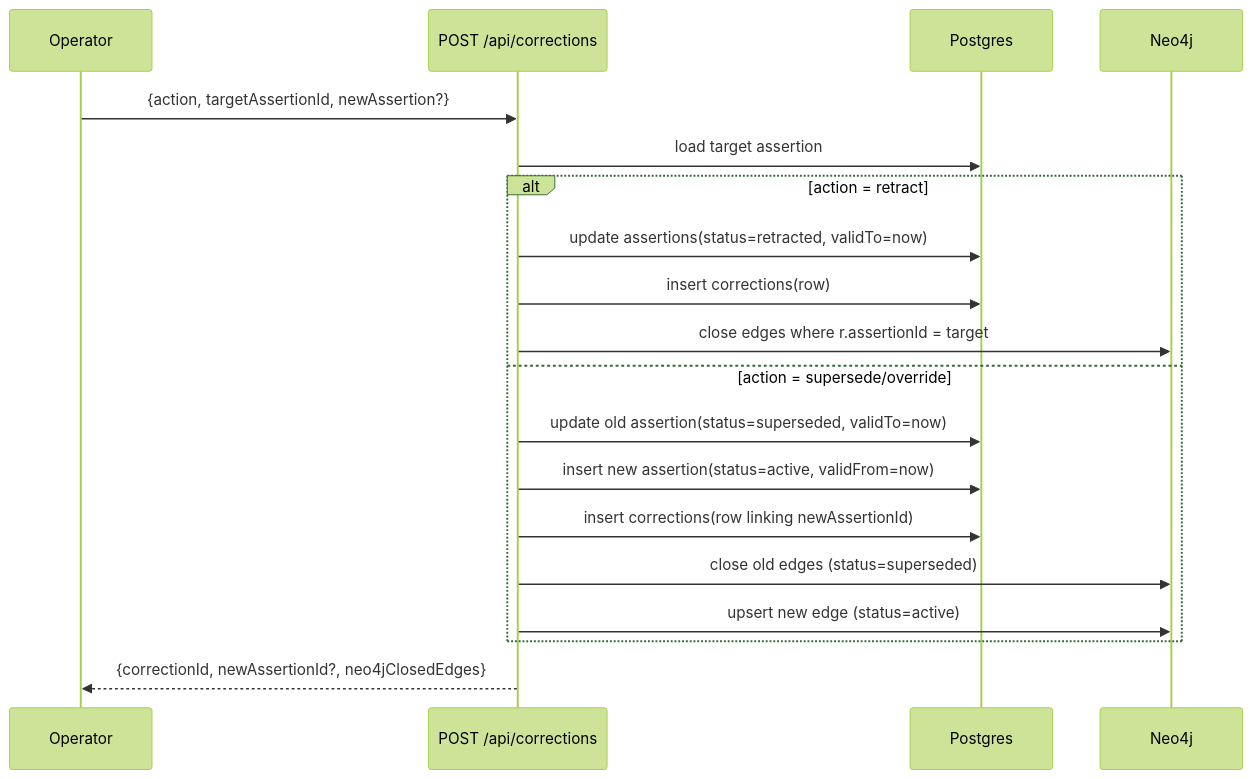
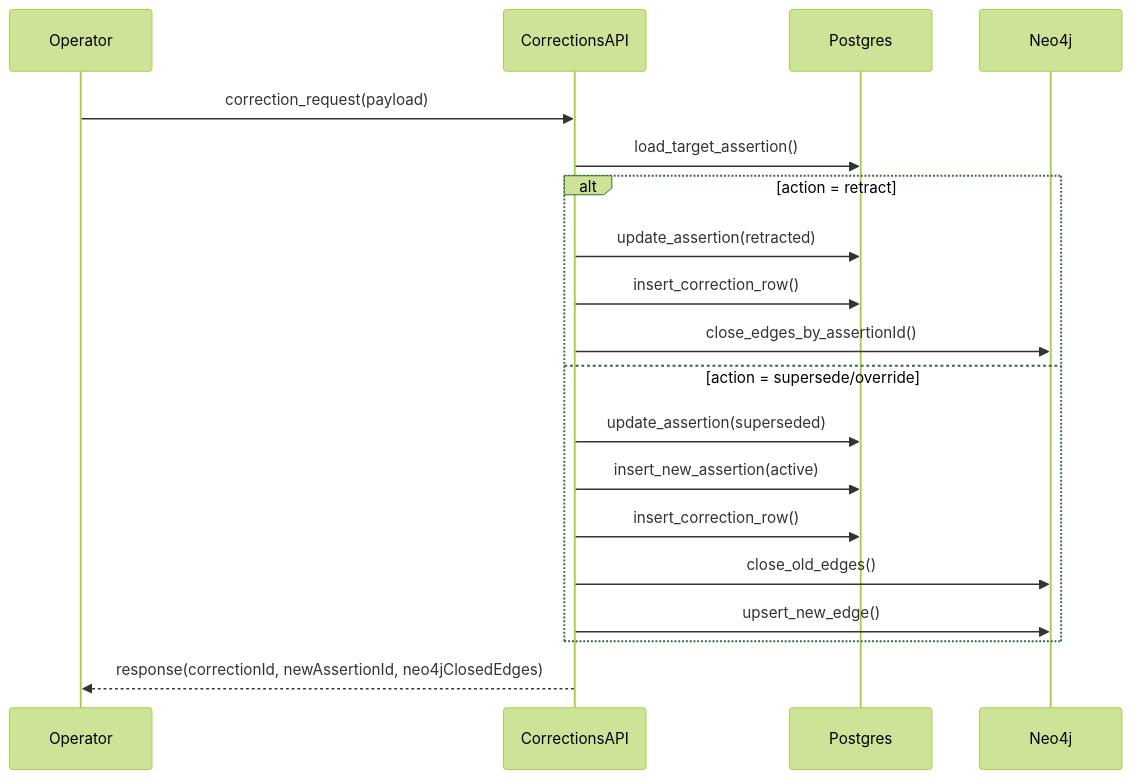
One commit to krahimov/finance_agent changed the seventh of 7 diagrams in docs/architecture.md. Above: the diagram before and after it, drawn with Mermaid (forest theme). The commit also changed other lines of this file, not shown here.

Commit message:
Improve architecture diagrams (one-page + end-to-end)

````diff
--- a/docs/architecture.md
+++ b/docs/architecture.md
@@ -366,24 +439,24 @@
 ```mermaid
 sequenceDiagram
-  participant Op as Operator
-  participant API as POST /api/corrections
-  participant PG as Postgres
-  participant N as Neo4j
+  participant Operator as Operator
+  participant CorrectionsAPI as CorrectionsAPI
+  participant Postgres as Postgres
+  participant Neo4j as Neo4j
 
-  Op->>API: {action, targetAssertionId, newAssertion?}
-  API->>PG: load target assertion
+  Operator->>CorrectionsAPI: correction_request(payload)
+  CorrectionsAPI->>Postgres: load_target_assertion()
 
   alt action = retract
-    API->>PG: update assertions(status=retracted, validTo=now)
-    API->>PG: insert corrections(row)
-    API->>N: close edges where r.assertionId = target
+    CorrectionsAPI->>Postgres: update_assertion(retracted)
+    CorrectionsAPI->>Postgres: insert_correction_row()
+    CorrectionsAPI->>Neo4j: close_edges_by_assertionId()
   else action = supersede/override
-    API->>PG: update old assertion(status=superseded, validTo=now)
-    API->>PG: insert new assertion(status=active, validFrom=now)
-    API->>PG: insert corrections(row linking newAssertionId)
-    API->>N: close old edges (status=superseded)
-    API->>N: upsert new edge (status=active)
+    CorrectionsAPI->>Postgres: update_assertion(superseded)
+    CorrectionsAPI->>Postgres: insert_new_assertion(active)
+    CorrectionsAPI->>Postgres: insert_correction_row()
+    CorrectionsAPI->>Neo4j: close_old_edges()
+    CorrectionsAPI->>Neo4j: upsert_new_edge()
   end
 
-  API-->>Op: {correctionId, newAssertionId?, neo4jClosedEdges}
+  CorrectionsAPI-->>Operator: response(correctionId, newAssertionId, neo4jClosedEdges)
 ```
````
